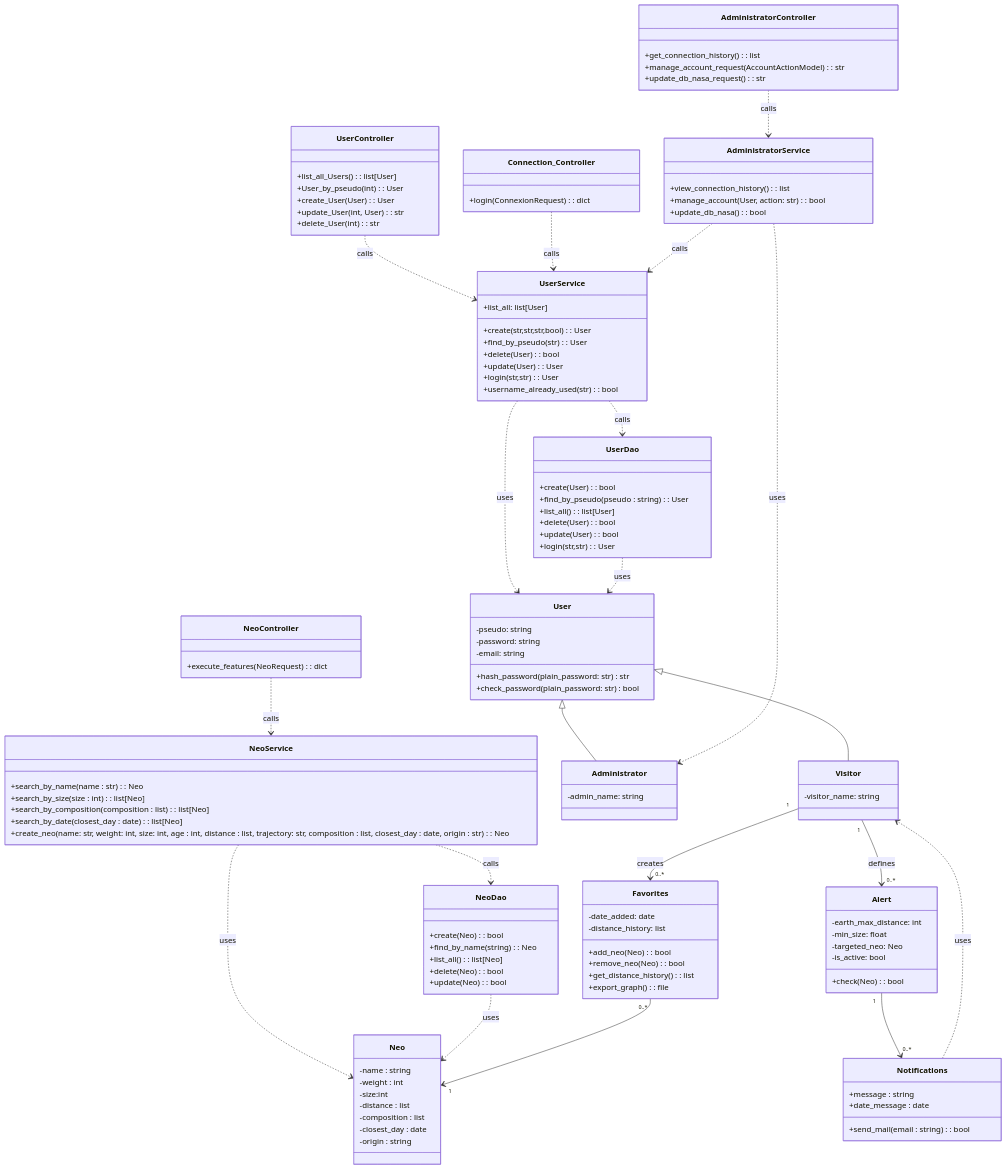
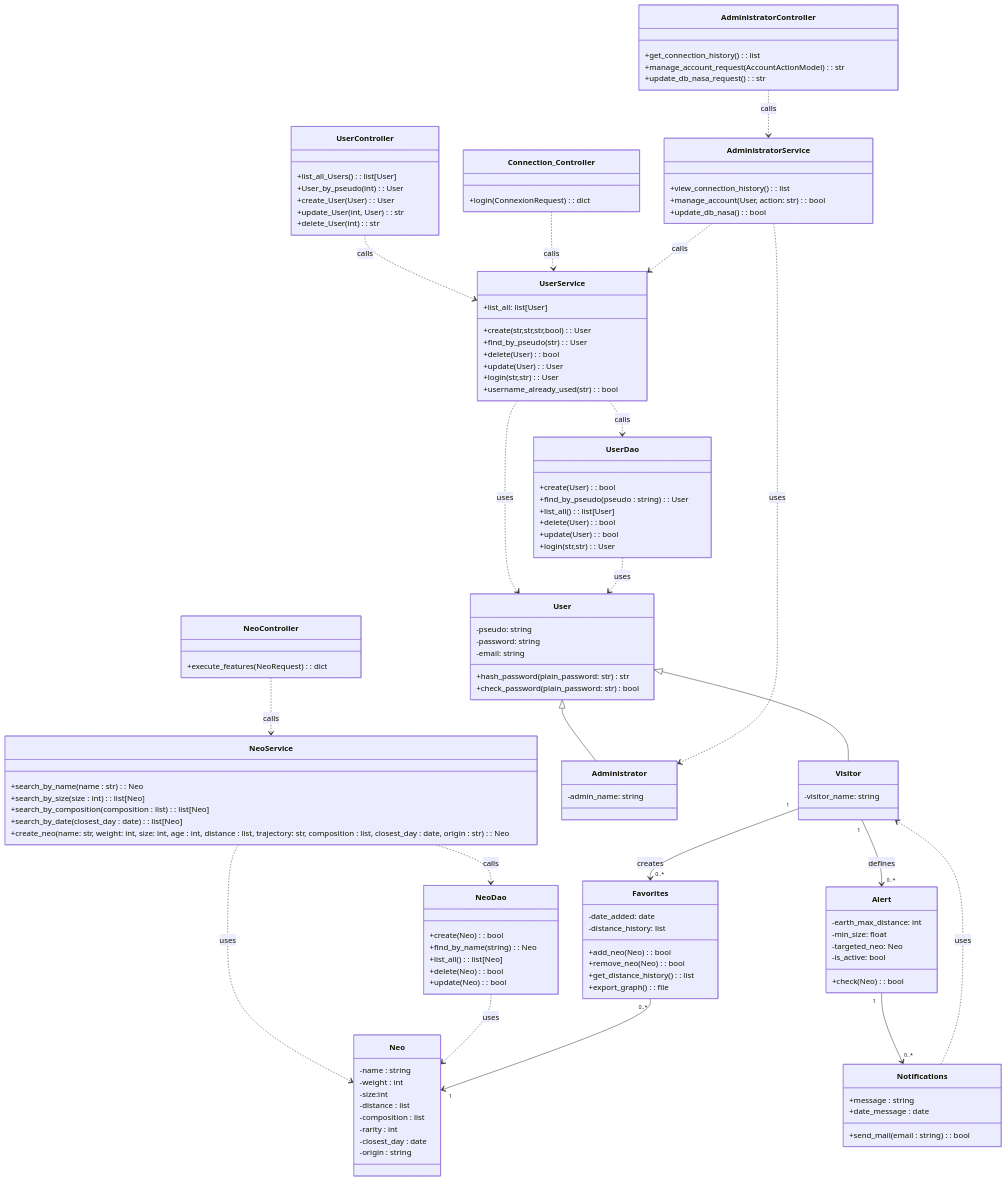
Before and after one commit to tristancabre/Projet-info-2A: the diagram in doc/class_diagram.md, drawn with Mermaid.

Commit message:
minor correction on the class diagram

```diff
--- a/doc/class_diagram.md
+++ b/doc/class_diagram.md
@@ -72,6 +72,7 @@
         -size:int
         -distance : list 
         -composition : list
+        -rarity : int
         -closest_day : date
         -origin : string
     }
```
